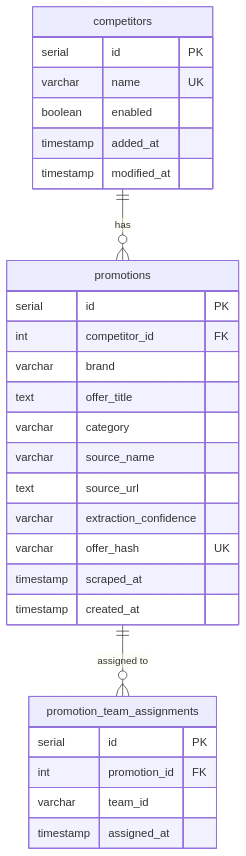
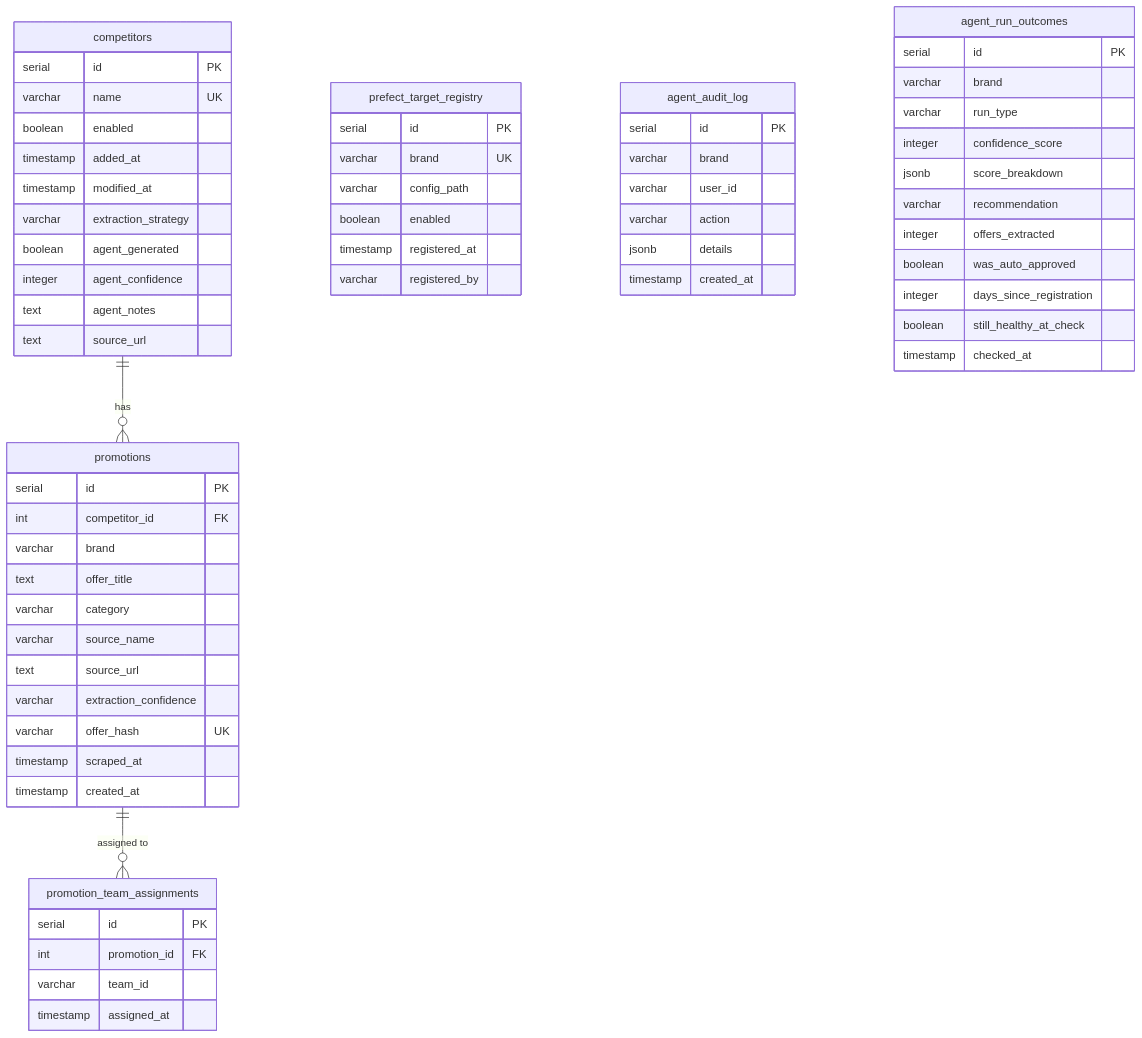
One commit to Arshu45/Autonoumous_Scraper_Agent_v1 changed the third of 3 diagrams in confluence_documentation.md. Above: the diagram before and after it, drawn with Mermaid. The commit also changed other lines of this file and 14 other files, not shown here.

````diff
--- a/confluence_documentation.md
+++ b/confluence_documentation.md
@@ -119,34 +187,71 @@
 ```mermaid
 erDiagram
     competitors ||--o{ promotions : "has"
     promotions ||--o{ promotion_team_assignments : "assigned to"
 
     competitors {
         serial id PK
         varchar name UK
         boolean enabled
         timestamp added_at
         timestamp modified_at
+        varchar extraction_strategy
+        boolean agent_generated
+        integer agent_confidence
+        text agent_notes
+        text source_url
     }
 
     promotions {
         serial id PK
         int competitor_id FK
         varchar brand
         text offer_title
         varchar category
         varchar source_name
         text source_url
         varchar extraction_confidence
         varchar offer_hash UK
         timestamp scraped_at
         timestamp created_at
     }
 
     promotion_team_assignments {
         serial id PK
         int promotion_id FK
         varchar team_id
         timestamp assigned_at
     }
+
+    prefect_target_registry {
+        serial id PK
+        varchar brand UK
+        varchar config_path
+        boolean enabled
+        timestamp registered_at
+        varchar registered_by
+    }
+
+    agent_audit_log {
+        serial id PK
+        varchar brand
+        varchar user_id
+        varchar action
+        jsonb details
+        timestamp created_at
+    }
+
+    agent_run_outcomes {
+        serial id PK
+        varchar brand
+        varchar run_type
+        integer confidence_score
+        jsonb score_breakdown
+        varchar recommendation
+        integer offers_extracted
+        boolean was_auto_approved
+        integer days_since_registration
+        boolean still_healthy_at_check
+        timestamp checked_at
+    }
 ```
````
